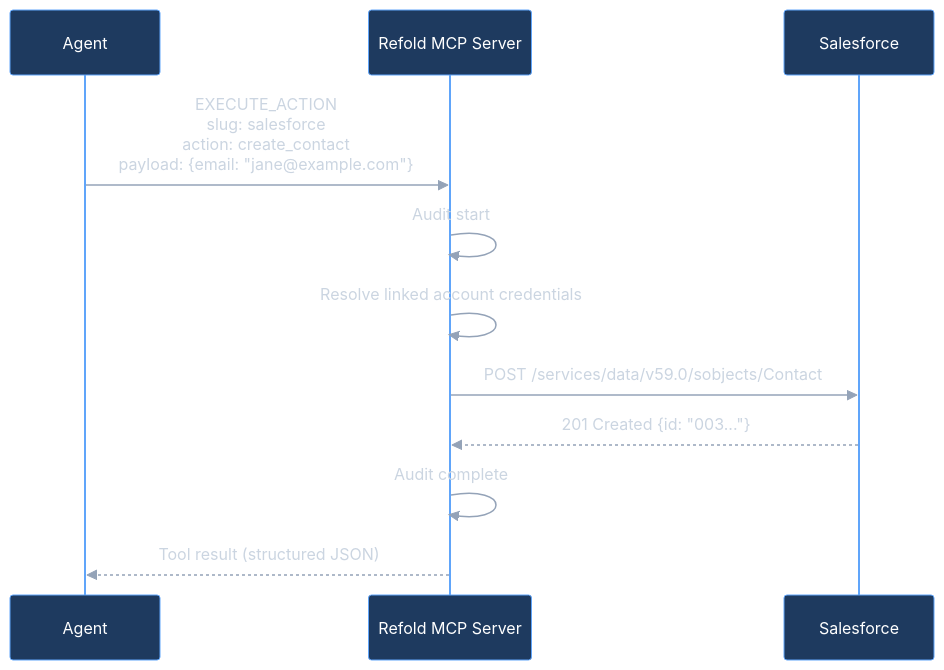
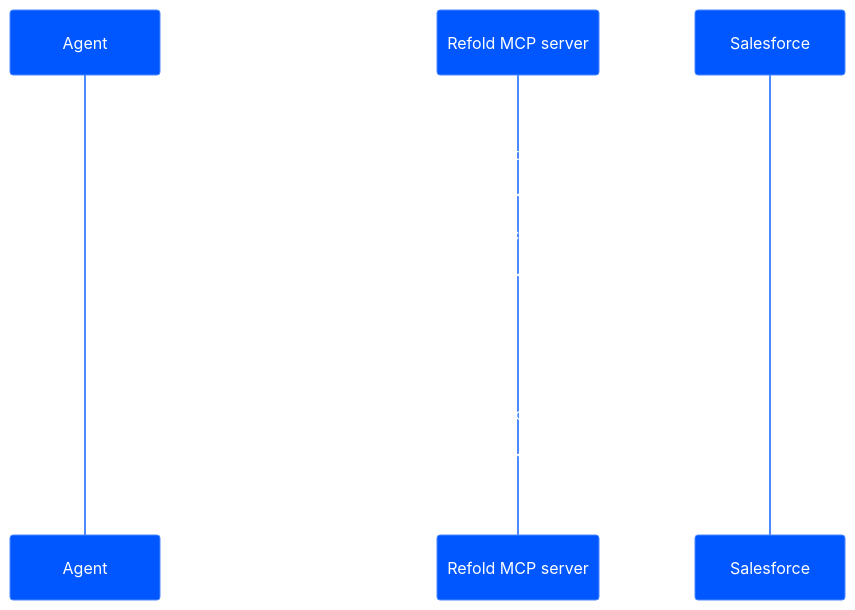
The second of 2 diagrams in v3/mcp-ai-agents/overview/architecture.mdx (gocobalt/mintlify-docs), drawn with Mermaid before and after one commit. The commit also changed other lines of this file and 24 other files, not shown here.

````diff
--- a/v3/mcp-ai-agents/overview/architecture.mdx
+++ b/v3/mcp-ai-agents/overview/architecture.mdx
@@ -102,15 +102,15 @@
 ```mermaid
-%%{init: {'theme':'base','themeVariables':{'primaryColor':'#1e3a5f','primaryTextColor':'#fff','primaryBorderColor':'#60a5fa','lineColor':'#94a3b8','actorBkg':'#1e3a5f','actorBorder':'#60a5fa','actorTextColor':'#fff','signalColor':'#94a3b8','signalTextColor':'#cbd5e1','noteBkgColor':'#1a1a2e','noteTextColor':'#fff','noteBorderColor':'#60a5fa','sequenceNumberColor':'#fff'}}}%%
+%%{init: {'theme':'base','themeVariables':{'primaryColor':'#0057FF','primaryTextColor':'#ffffff','primaryBorderColor':'#4D8AFF','lineColor':'#4D8AFF','secondaryColor':'#0D001D','tertiaryColor':'#0D001D','tertiaryTextColor':'#ffffff'}}}%%
 sequenceDiagram
     participant Agent
-    participant Refold as Refold MCP Server
+    participant Refold as Refold MCP server
     participant App as Salesforce
 
-    Agent->>Refold: EXECUTE_ACTION<br/>slug: salesforce<br/>action: create_contact<br/>payload: {email: "jane@example.com"}
+    Agent->>Refold: EXECUTE_ACTION (salesforce / create_contact)
     Refold->>Refold: Audit start
     Refold->>Refold: Resolve linked account credentials
-    Refold->>App: POST /services/data/v59.0/sobjects/Contact
-    App-->>Refold: 201 Created {id: "003..."}
+    Refold->>App: POST /sobjects/Contact
+    App-->>Refold: 201 Created
     Refold->>Refold: Audit complete
     Refold-->>Agent: Tool result (structured JSON)
 ```
````
